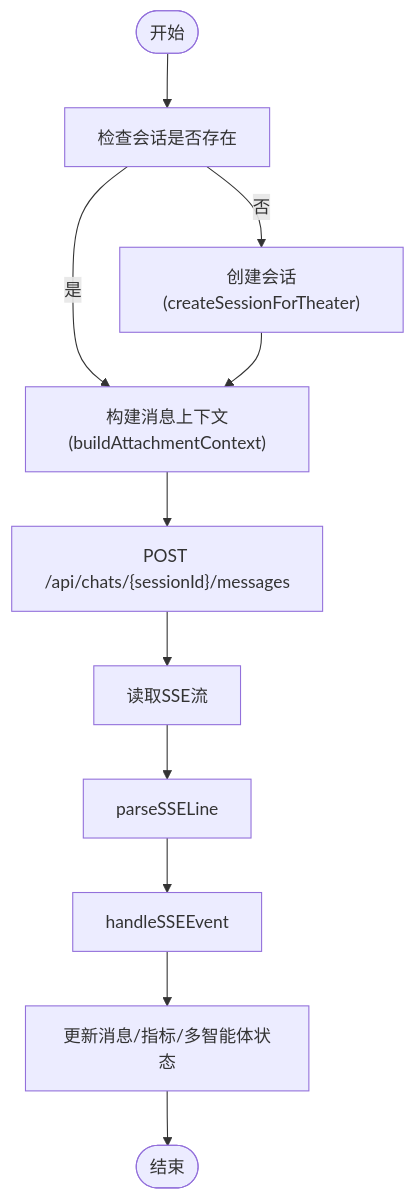
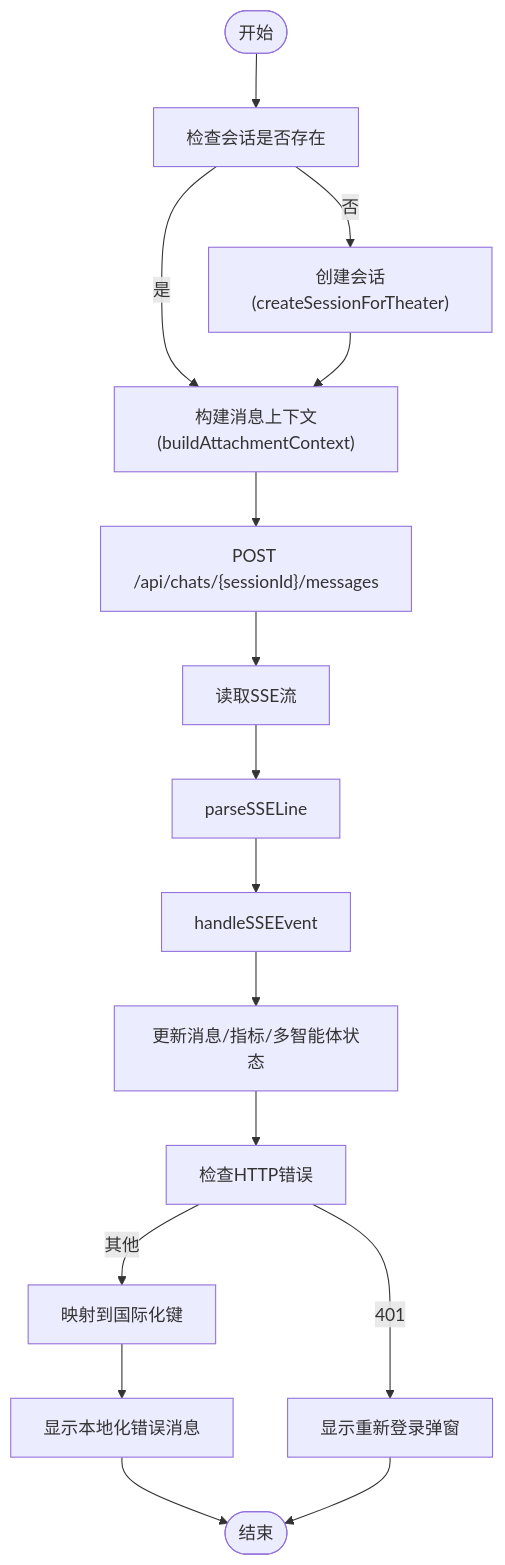
The third of 13 diagrams in .qoder/repowiki/zh/content/系统架构/前端架构/组件架构/AI助手组件.md (KunLabAI/KunFlix), drawn with Mermaid before and after one commit. The commit also changed other lines of this file and 78 other files, not shown here.

````diff
--- a/.qoder/repowiki/zh/content/系统架构/前端架构/组件架构/AI助手组件.md
+++ b/.qoder/repowiki/zh/content/系统架构/前端架构/组件架构/AI助手组件.md
@@ -162,13 +204,18 @@
 ```mermaid
 flowchart TD
 Start(["开始"]) --> CheckSession["检查会话是否存在"]
 CheckSession --> |否| CreateSession["创建会话(createSessionForTheater)"]
 CheckSession --> |是| BuildCtx["构建消息上下文(buildAttachmentContext)"]
 CreateSession --> BuildCtx
 BuildCtx --> SendReq["POST /api/chats/{sessionId}/messages"]
 SendReq --> ReadSSE["读取SSE流"]
 ReadSSE --> ParseLine["parseSSELine"]
 ParseLine --> HandleEvent["handleSSEEvent"]
 HandleEvent --> UpdateState["更新消息/指标/多智能体状态"]
-UpdateState --> Done(["结束"])
+UpdateState --> CheckError["检查HTTP错误"]
+CheckError --> |401| ShowRelogin["显示重新登录弹窗"]
+CheckError --> |其他| MapError["映射到国际化键"]
+MapError --> ShowTranslatedError["显示本地化错误消息"]
+ShowTranslatedError --> Done(["结束"])
+ShowRelogin --> Done
 ```
````
